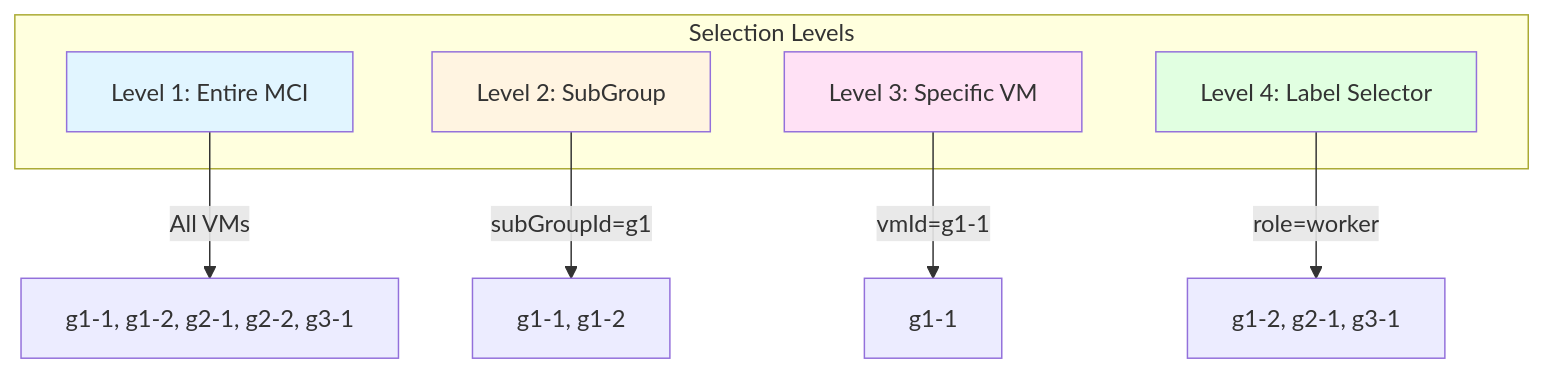
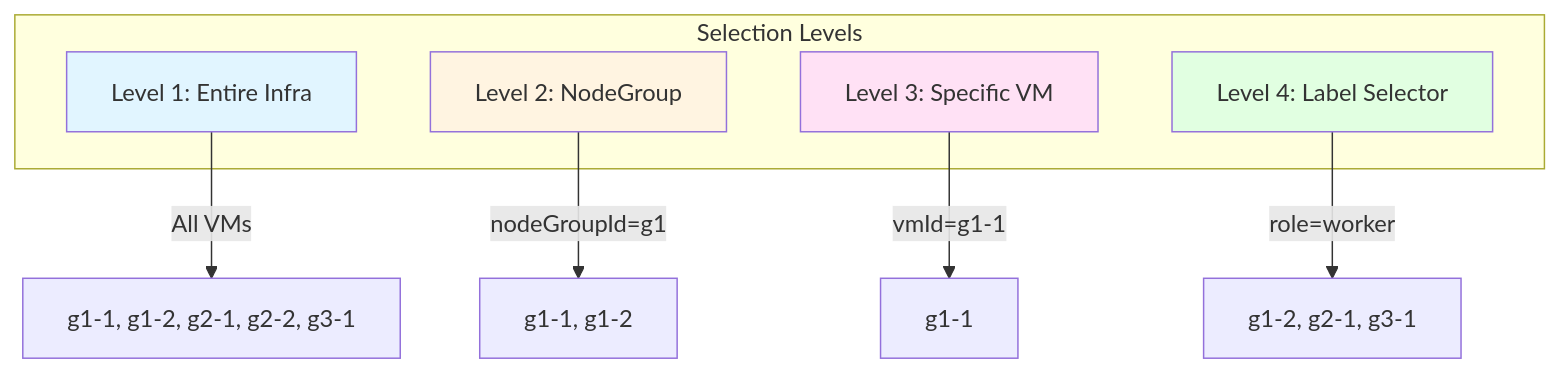
The first of 8 diagrams in docs/feature_guide/remote-command-and-file-transfer.md (cloud-barista/cb-tumblebug), drawn with Mermaid before and after one commit. The commit also changed other lines of this file and 197 other files, not shown here.

Commit message:
Refactor MIC and SubGroup to Infra and NodeGroup

````diff
--- a/docs/feature_guide/remote-command-and-file-transfer.md
+++ b/docs/feature_guide/remote-command-and-file-transfer.md
@@ -48,19 +48,19 @@
 ```mermaid
 graph TB
     subgraph "Selection Levels"
-        L1[Level 1: Entire MCI]
-        L2[Level 2: SubGroup]
+        L1[Level 1: Entire Infra]
+        L2[Level 2: NodeGroup]
         L3[Level 3: Specific VM]
         L4[Level 4: Label Selector]
     end
     
     L1 --> |"All VMs"| ALL[g1-1, g1-2, g2-1, g2-2, g3-1]
-    L2 --> |"subGroupId=g1"| SG[g1-1, g1-2]
+    L2 --> |"nodeGroupId=g1"| SG[g1-1, g1-2]
     L3 --> |"vmId=g1-1"| VM[g1-1]
     L4 --> |"role=worker"| LBL[g1-2, g2-1, g3-1]
     
     style L1 fill:#e1f5ff
     style L2 fill:#fff4e1
     style L3 fill:#ffe1f5
     style L4 fill:#e1ffe1
 ```
````
